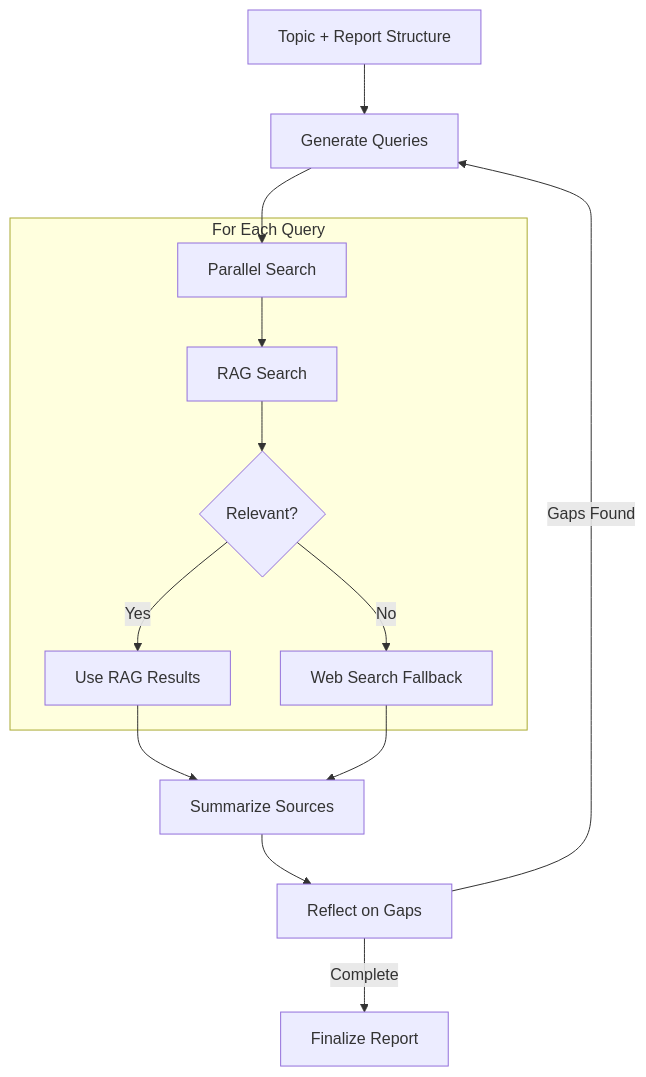
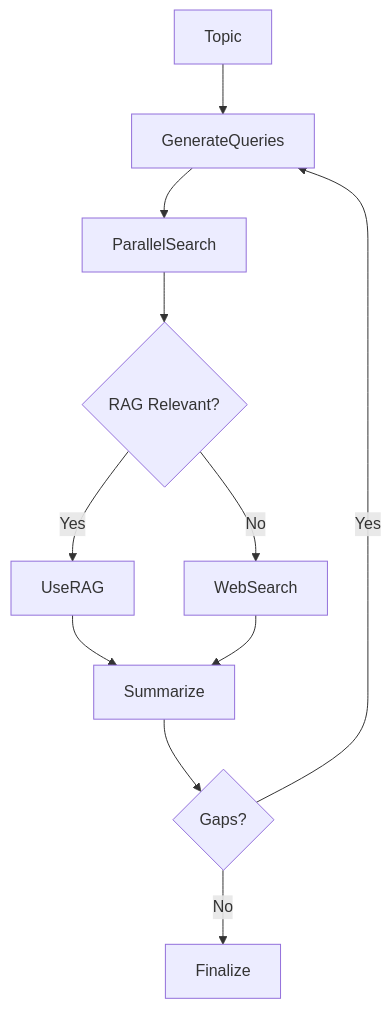
One commit to caser-legal/nvidia-cli changed the third of 5 diagrams in README.md. Above: the diagram before and after it, drawn with Mermaid. The commit also changed other lines of this file and 5 other files, not shown here.

First line of the commit message:
Add Tavily search, Report Planner, Section Author, and full workshop patterns

````diff
--- a/README.md
+++ b/README.md
@@ -480,18 +379,13 @@
 ```mermaid
 flowchart TD
-    Topic[Topic + Report Structure] --> GenerateQueries[Generate Queries]
-    GenerateQueries --> ParallelSearch[Parallel Search]
-    
-    subgraph "For Each Query"
-        ParallelSearch --> RAG[RAG Search]
-        RAG --> Relevancy{Relevant?}
-        Relevancy --> |Yes| UseRAG[Use RAG Results]
-        Relevancy --> |No| WebSearch[Web Search Fallback]
-    end
-    
-    UseRAG --> Summarize[Summarize Sources]
+    Topic --> GenerateQueries
+    GenerateQueries --> ParallelSearch
+    ParallelSearch --> RAG{RAG Relevant?}
+    RAG --> |Yes| UseRAG
+    RAG --> |No| WebSearch
+    UseRAG --> Summarize
     WebSearch --> Summarize
-    Summarize --> Reflect[Reflect on Gaps]
-    Reflect --> |Gaps Found| GenerateQueries
-    Reflect --> |Complete| Finalize[Finalize Report]
+    Summarize --> Reflect{Gaps?}
+    Reflect --> |Yes| GenerateQueries
+    Reflect --> |No| Finalize
 ```
````
